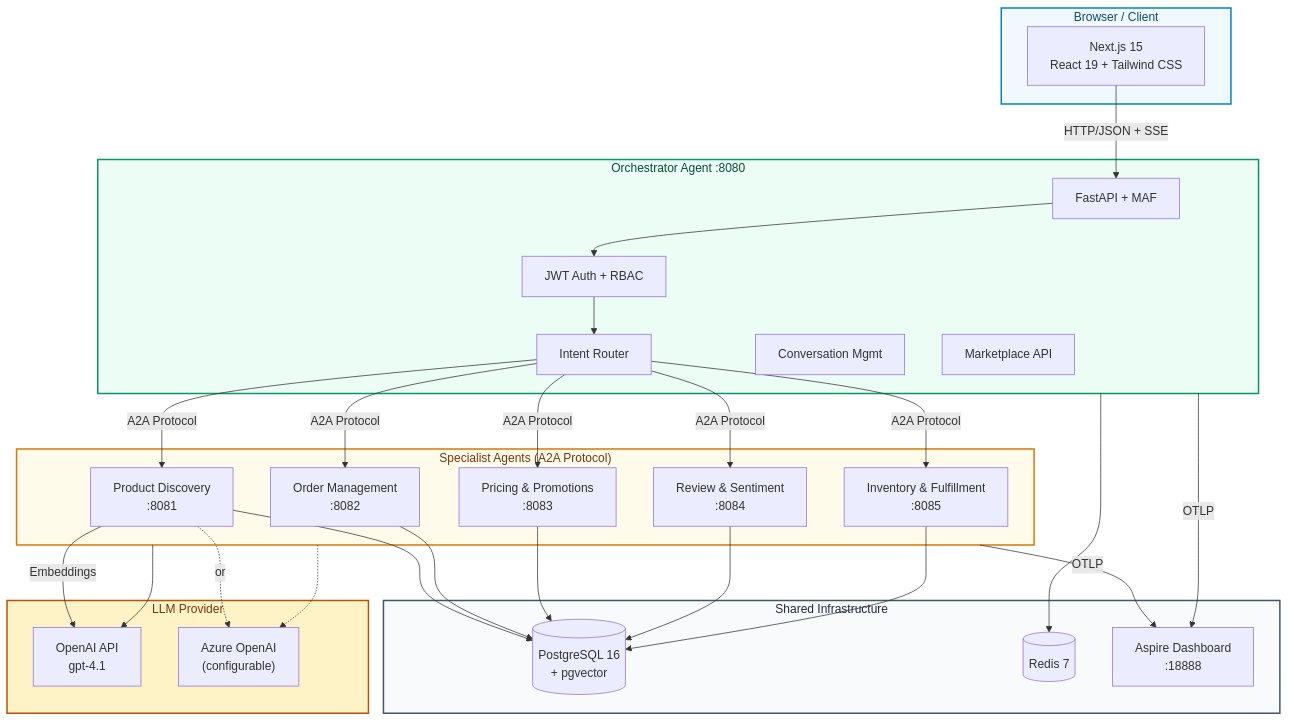
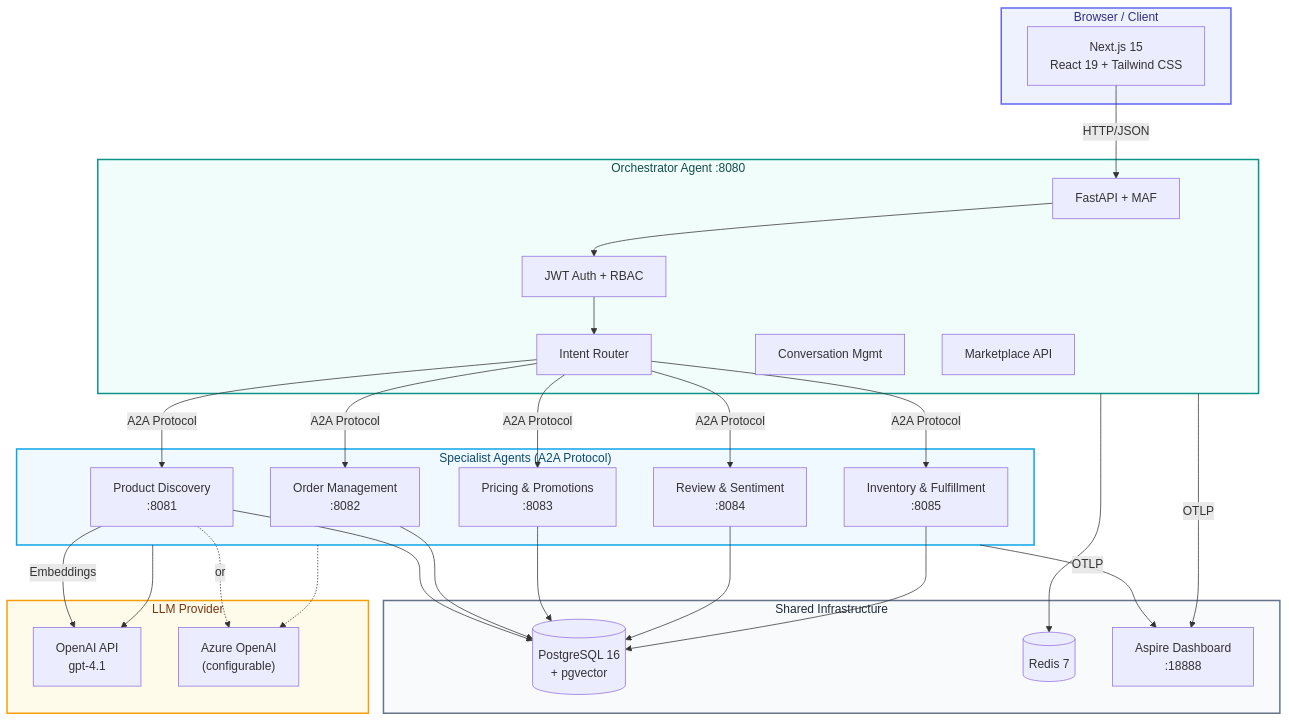
One commit to nitin27may/e-commerce-agents changed the diagram in README.md. Above: the diagram before and after it, drawn with Mermaid. The commit also changed other lines of this file and 7 other files, not shown here.

````diff
--- a/README.md
+++ b/README.md
@@ -13,62 +16,62 @@
 ```mermaid
 graph TB
     subgraph Client["Browser / Client"]
-        style Client fill:#f0f9ff,stroke:#0284c7,stroke-width:2px,color:#0c4a6e
+        style Client fill:#eef2ff,stroke:#6366f1,stroke-width:2px,color:#312e81
         FE["Next.js 15<br/>React 19 + Tailwind CSS"]
     end
 
     subgraph Orchestrator["Orchestrator Agent :8080"]
-        style Orchestrator fill:#ecfdf5,stroke:#059669,stroke-width:2px,color:#064e3b
+        style Orchestrator fill:#f0fdfa,stroke:#0d9488,stroke-width:2px,color:#134e4a
         FA["FastAPI + MAF"]
         AUTH["JWT Auth + RBAC"]
         ROUTER["Intent Router"]
         CONV["Conversation Mgmt"]
         MKT["Marketplace API"]
     end
 
     subgraph Specialists["Specialist Agents (A2A Protocol)"]
-        style Specialists fill:#fffbeb,stroke:#d97706,stroke-width:2px,color:#78350f
+        style Specialists fill:#f0f9ff,stroke:#0ea5e9,stroke-width:2px,color:#0c4a6e
         PD["Product Discovery<br/>:8081"]
         OM["Order Management<br/>:8082"]
         PP["Pricing & Promotions<br/>:8083"]
         RS["Review & Sentiment<br/>:8084"]
         IF["Inventory & Fulfillment<br/>:8085"]
     end
 
     subgraph Infrastructure["Shared Infrastructure"]
-        style Infrastructure fill:#f8fafc,stroke:#475569,stroke-width:2px,color:#1e293b
+        style Infrastructure fill:#f8fafc,stroke:#64748b,stroke-width:2px,color:#1e293b
         PG[("PostgreSQL 16<br/>+ pgvector")]
         RD[("Redis 7")]
         ASP["Aspire Dashboard<br/>:18888"]
     end
 
     subgraph LLM["LLM Provider"]
-        style LLM fill:#fef3c7,stroke:#b45309,stroke-width:2px,color:#78350f
+        style LLM fill:#fffbeb,stroke:#f59e0b,stroke-width:2px,color:#78350f
         OAI["OpenAI API<br/>gpt-4.1"]
         AZ["Azure OpenAI<br/>(configurable)"]
     end
 
-    FE -->|"HTTP/JSON + SSE"| FA
+    FE -->|"HTTP/JSON"| FA
     FA --> AUTH
     AUTH --> ROUTER
     ROUTER -->|"A2A Protocol"| PD
     ROUTER -->|"A2A Protocol"| OM
     ROUTER -->|"A2A Protocol"| PP
     ROUTER -->|"A2A Protocol"| RS
     ROUTER -->|"A2A Protocol"| IF
 
     PD --> PG
     OM --> PG
     PP --> PG
     RS --> PG
     IF --> PG
 
     PD -->|"Embeddings"| OAI
     PD -.->|"or"| AZ
     Orchestrator --> RD
     Specialists -->|"OTLP"| ASP
 
     Orchestrator -->|"OTLP"| ASP
     Specialists --> OAI
     Specialists -.-> AZ
 ```
````
